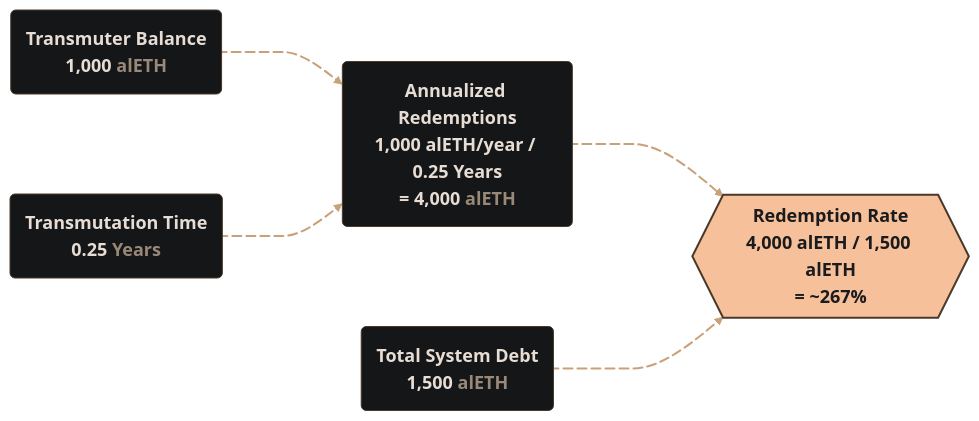
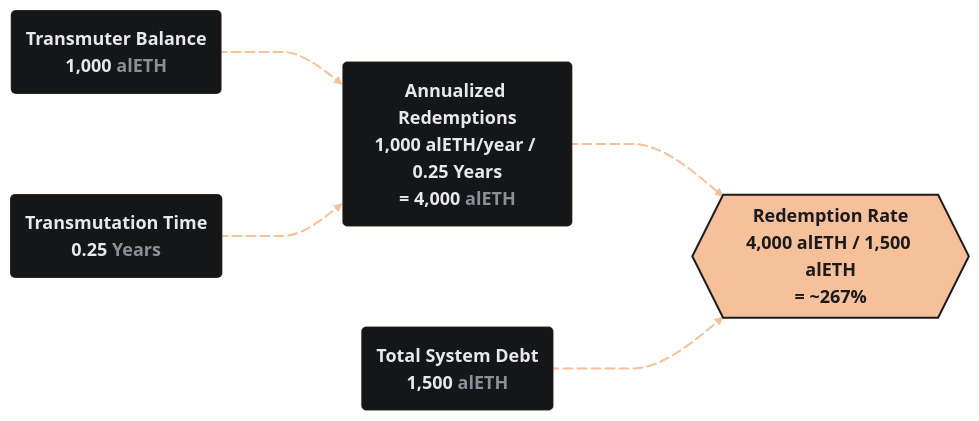
One commit to alchemix-finance/alchemix-v3-docs changed the second of 3 diagrams in docs/user/concepts/redemption-rate.md. Above: the diagram before and after it, drawn with Mermaid. The commit also changed other lines of this file and 18 other files, not shown here.

````diff
--- a/docs/user/concepts/redemption-rate.md
+++ b/docs/user/concepts/redemption-rate.md
@@ -86,42 +86,42 @@
 ```mermaid
 %%{init: {
   'theme': 'base',
   'themeVariables': {
     'fontFamily': 'Montserrat',
     'primaryColor': '#141618',
-    'primaryBorderColor': '#4a3828',
-    'primaryTextColor': '#e8ddd4',
-    'lineColor': '#c8a07a',
+    'primaryBorderColor': 'rgba(245,192,154,0.25)',
+    'primaryTextColor': '#e8e8ea',
+    'lineColor': '#f5c09a',
     'edgeLabelBackground': '#0d0e10',
     'tertiaryColor': '#141618',
     'fontSize': '18px'
   },
   'flowchart': {
     'curve': 'monotoneX',
     'nodeSpacing': 100,
     'rankSpacing': 120
   }
 }}%%
 flowchart LR
     classDef default font-weight:bold;
     %% Nodes
-    A(Transmuter Balance<br/><b>1,000 <span style='color:#9a8878'>alETH</span></b>)
-    B(Transmutation Time<br/><b>0.25 <span style='color:#9a8878'>Years</span></b>)
-    C(Total System Debt<br/><b>1,500 <span style='color:#9a8878'>alETH</span></b>)
-    D(<b>Annualized Redemptions</b><br/>1,000 alETH/year / 0.25 Years<br/>= <b>4,000 <span style='color:#9a8878'>alETH</span></b>)
+    A(Transmuter Balance<br/><b>1,000 <span style='color:#8a8f99'>alETH</span></b>)
+    B(Transmutation Time<br/><b>0.25 <span style='color:#8a8f99'>Years</span></b>)
+    C(Total System Debt<br/><b>1,500 <span style='color:#8a8f99'>alETH</span></b>)
+    D(<b>Annualized Redemptions</b><br/>1,000 alETH/year / 0.25 Years<br/>= <b>4,000 <span style='color:#8a8f99'>alETH</span></b>)
     E{{<b>Redemption Rate</b><br/>4,000 alETH / 1,500 alETH<br/>= <b>~267%</b>}}
 
     %% Logic
     A e1@--> D
     B e2@--> D
     D e3@==> E
     C e4@--> E
 
     %% Styling / Ani
-    style E fill:#f5c09a,stroke:#4a3828,stroke-width:2px,color:#1b1b1d
-    linkStyle 0,1,2,3 stroke:#c8a07a,stroke-width:2px
+    style E fill:#f5c09a,stroke:#1b1b1d,stroke-width:2px,color:#1b1b1d
+    linkStyle 0,1,2,3 stroke:#f5c09a,stroke-width:2px
     e1@{ animation: slow }
     e2@{ animation: slow }
     e3@{ animation: fast }
     e4@{ animation: slow }
 ```
````
